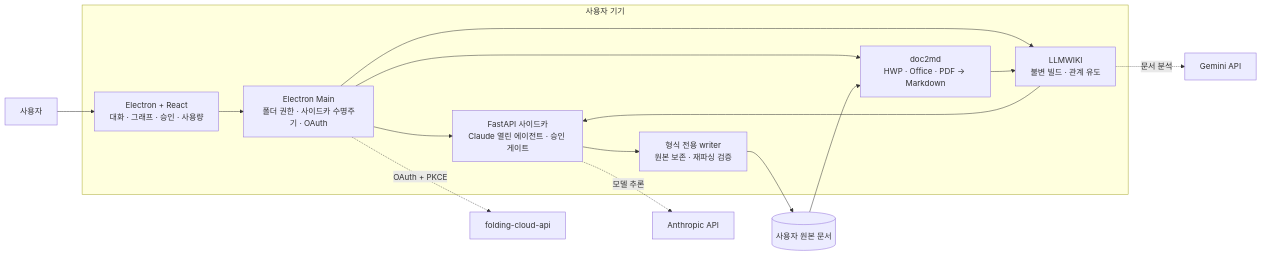
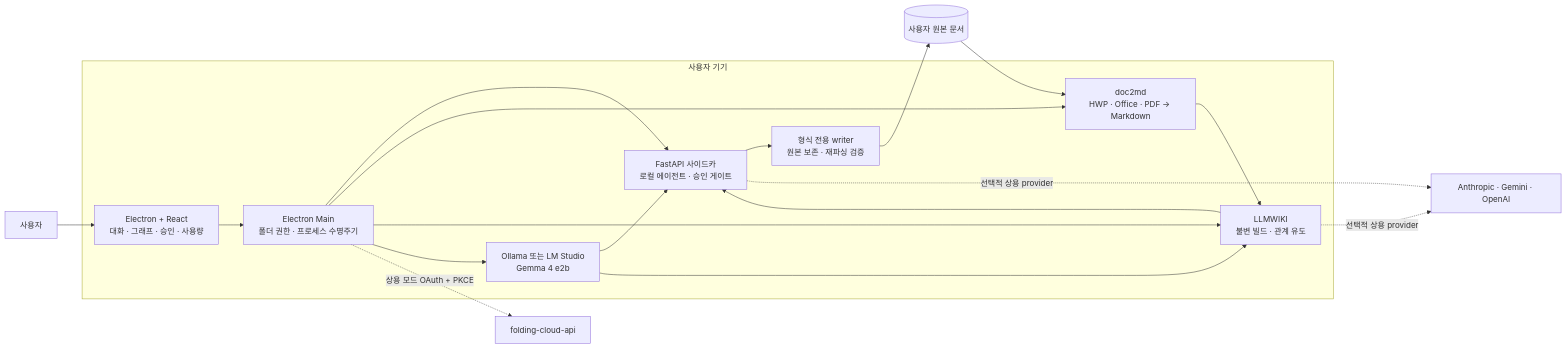
The diagram in README.md (dotenv-uploaded/_FOLDING_), drawn with Mermaid before and after one commit. The commit also changed other lines of this file and 190 other files, not shown here.

````diff
--- a/README.md
+++ b/README.md
@@ -113,20 +116,23 @@
 ```mermaid
 flowchart LR
     U[사용자] --> UI[Electron + React<br/>대화 · 그래프 · 승인 · 사용량]
 
     subgraph DEVICE[사용자 기기]
-        UI --> MAIN[Electron Main<br/>폴더 권한 · 사이드카 수명주기 · OAuth]
-        MAIN --> AGENT[FastAPI 사이드카<br/>Claude 열린 에이전트 · 승인 게이트]
+        UI --> MAIN[Electron Main<br/>폴더 권한 · 프로세스 수명주기]
+        MAIN --> AGENT[FastAPI 사이드카<br/>로컬 에이전트 · 승인 게이트]
         MAIN --> CONV[doc2md<br/>HWP · Office · PDF → Markdown]
         MAIN --> WIKI[LLMWIKI<br/>불변 빌드 · 관계 유도]
+        MAIN --> LOCAL[Ollama 또는 LM Studio<br/>Gemma 4 e2b]
         CONV --> WIKI
         WIKI --> AGENT
+        LOCAL --> AGENT
+        LOCAL --> WIKI
         AGENT --> WRITER[형식 전용 writer<br/>원본 보존 · 재파싱 검증]
     end
 
-    MAIN -. OAuth + PKCE .-> CLOUD[folding-cloud-api]
-    AGENT -. 모델 추론 .-> CLAUDE[Anthropic API]
-    WIKI -. 문서 분석 .-> GEMINI[Gemini API]
+    MAIN -. 상용 모드 OAuth + PKCE .-> CLOUD[folding-cloud-api]
+    AGENT -. 선택적 상용 provider .-> API[Anthropic · Gemini · OpenAI]
+    WIKI -. 선택적 상용 provider .-> API
     WRITER --> FILES[(사용자 원본 문서)]
     FILES --> CONV
 ```
````
